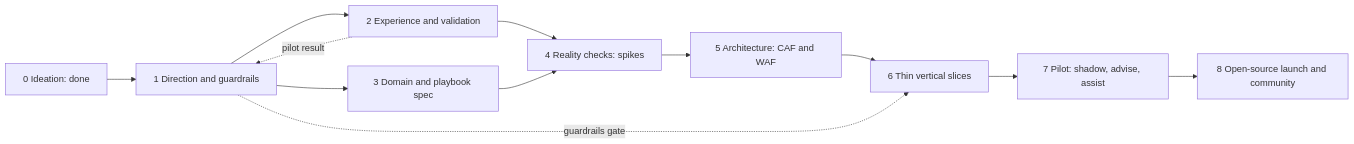
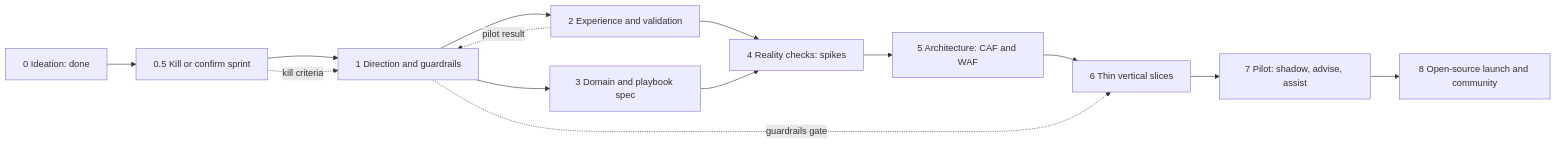
One commit to tinodo/meternaut changed the diagram in docs/plan/00-follow-up-plan.md. Above: the diagram before and after it, drawn with Mermaid. The commit also changed other lines of this file and 42 other files, not shown here.

````diff
--- a/docs/plan/00-follow-up-plan.md
+++ b/docs/plan/00-follow-up-plan.md
@@ -20,14 +21,16 @@
 ```mermaid
 flowchart LR
-    P0[0 Ideation: done] --> P1[1 Direction and guardrails]
+    P0[0 Ideation: done] --> P05[0.5 Kill or confirm sprint]
+    P05 --> P1[1 Direction and guardrails]
     P1 --> P2[2 Experience and validation]
     P1 --> P3[3 Domain and playbook spec]
     P2 --> P4[4 Reality checks: spikes]
     P3 --> P4
     P4 --> P5[5 Architecture: CAF and WAF]
     P5 --> P6[6 Thin vertical slices]
     P6 --> P7[7 Pilot: shadow, advise, assist]
     P7 --> P8[8 Open-source launch and community]
     P1 -. guardrails gate .-> P6
     P2 -. pilot result .-> P1
+    P05 -. kill criteria .-> P1
 ```
````
